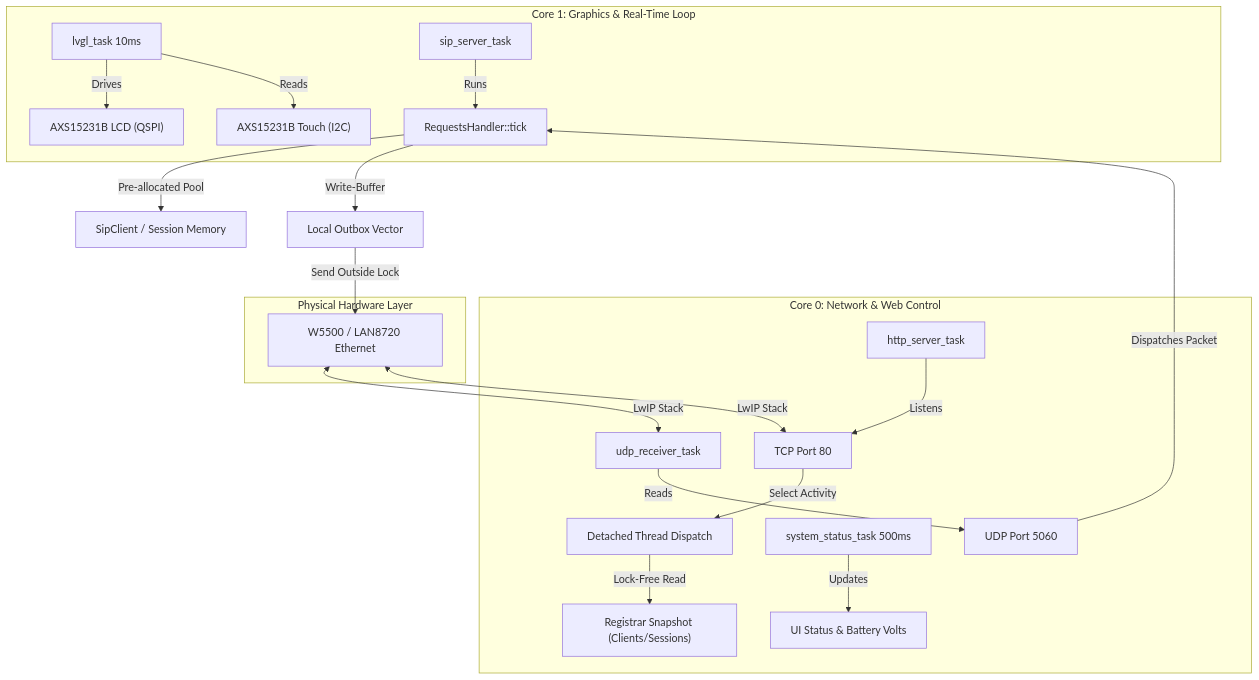
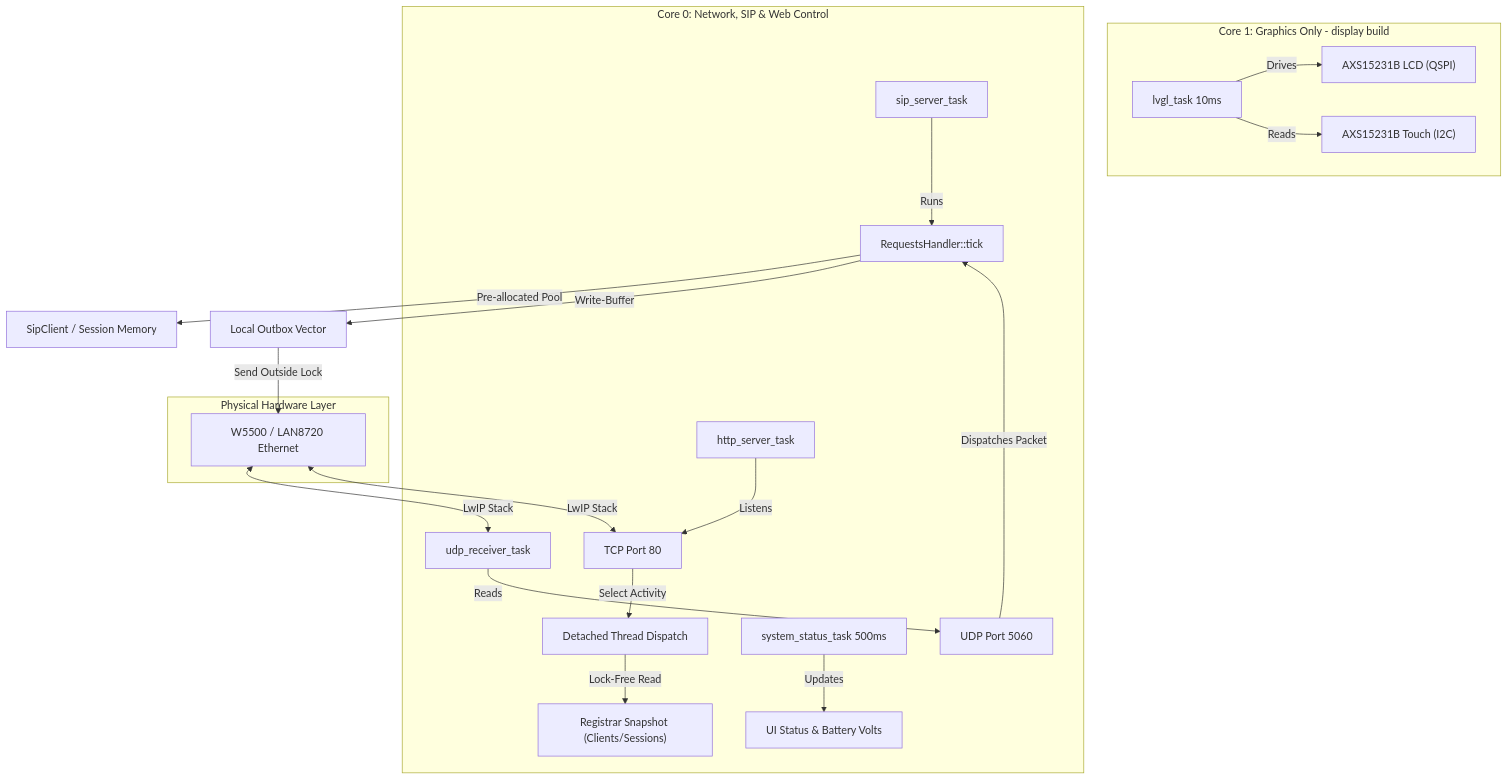
Before and after one commit to GlomarGadaffi/pocket-dial: the diagram in docs/ARCHITECTURE.md, drawn with Mermaid. The commit also changed other lines of this file and 8 other files, not shown here.

````diff
--- a/docs/ARCHITECTURE.md
+++ b/docs/ARCHITECTURE.md
@@ -16,28 +22,28 @@
 ```mermaid
 graph TD
-    subgraph Core 1 [Core 1: Graphics & Real-Time Loop]
+    subgraph Core 1 [Core 1: Graphics Only - display build]
         A[lvgl_task 10ms] -->|Drives| B["AXS15231B LCD (QSPI)"]
         A -->|Reads| C["AXS15231B Touch (I2C)"]
-        D[sip_server_task] -->|Runs| E[RequestsHandler::tick]
     end
 
-    subgraph Core 0 [Core 0: Network & Web Control]
+    subgraph Core 0 [Core 0: Network, SIP & Web Control]
+        D[sip_server_task] -->|Runs| E[RequestsHandler::tick]
         F[http_server_task] -->|Listens| G[TCP Port 80]
         G -->|Select Activity| H["Detached Thread Dispatch"]
         H -->|Lock-Free Read| I["Registrar Snapshot (Clients/Sessions)"]
         J[system_status_task 500ms] -->|Updates| K[UI Status & Battery Volts]
         L[udp_receiver_task] -->|Reads| M[UDP Port 5060]
     end
 
     subgraph Hardware [Physical Hardware Layer]
         B
         C
         N["W5500 / LAN8720 Ethernet"] <-->|LwIP Stack| L
         N <-->|LwIP Stack| G
     end
 
     E -->|Pre-allocated Pool| O[SipClient / Session Memory]
     M -->|Dispatches Packet| E
     E -->|Write-Buffer| P[Local Outbox Vector]
     P -->|Send Outside Lock| N
 ```
````
